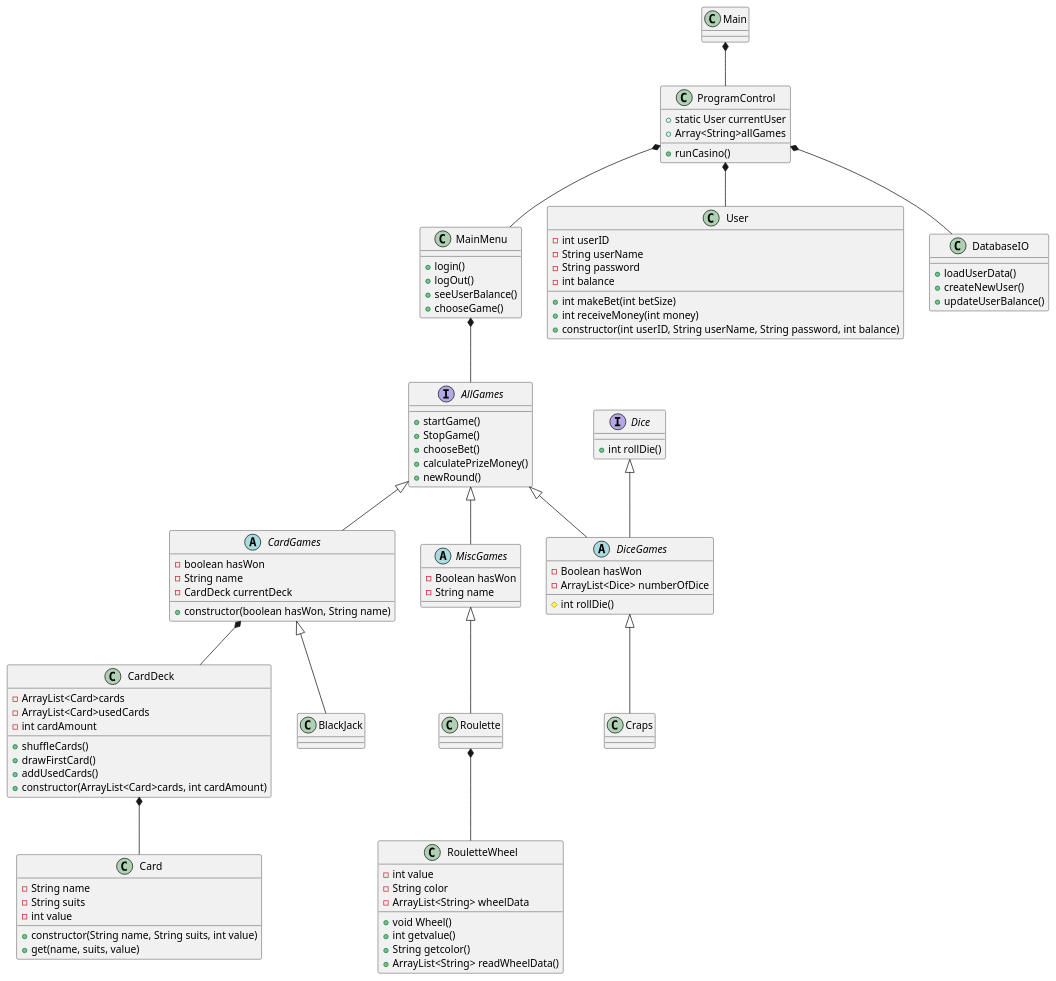
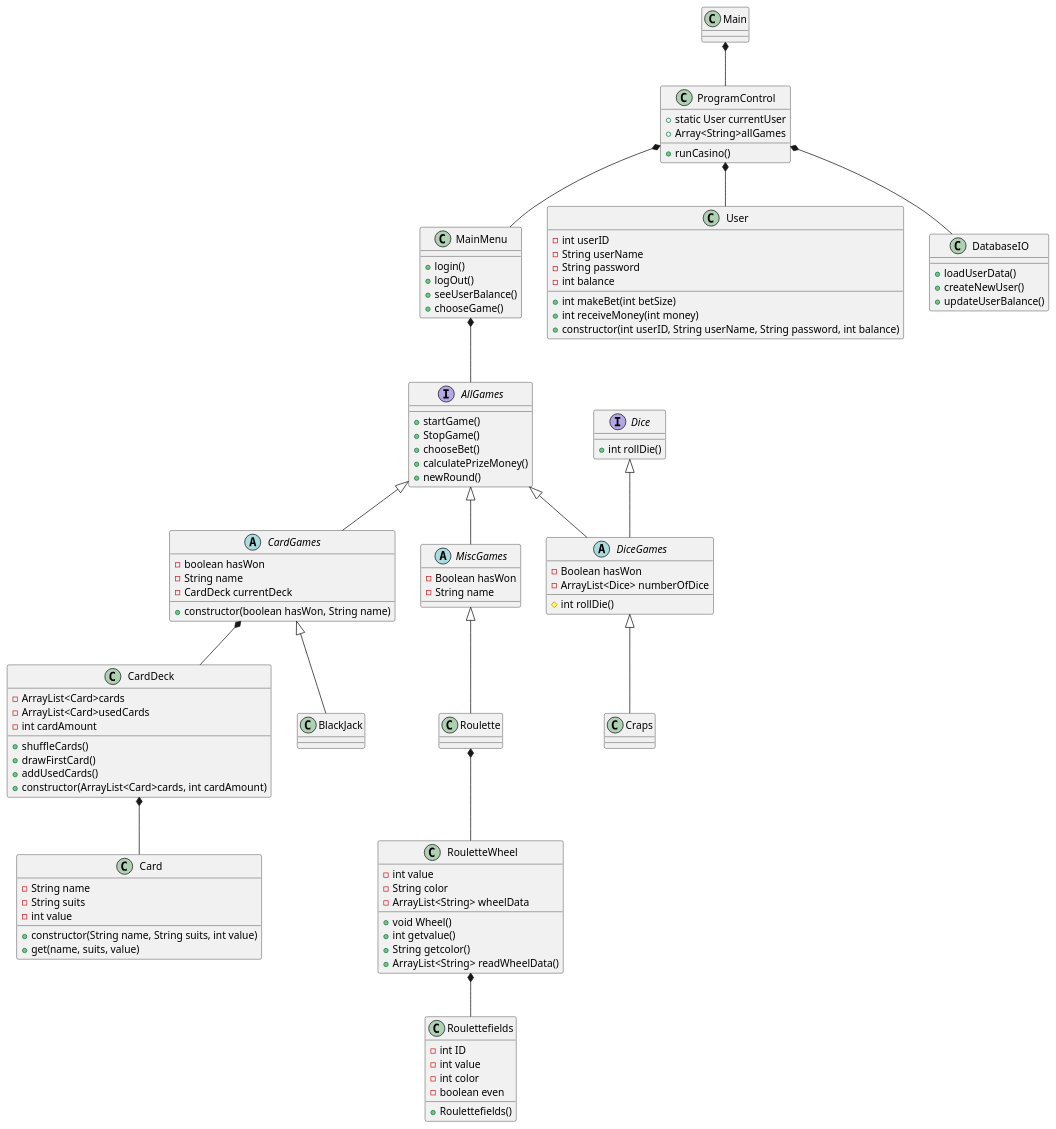
One commit to MrJustMeDahl/ICE-casino changed the diagram in Design UML/ClassDiagram.puml. Above: the diagram before and after it, drawn with PlantUML. The commit also changed 3 other files, not shown here.

Commit message:
Changed Roulette class, removed textbox, changed UML

```diff
--- a/Design UML/ClassDiagram.puml
+++ b/Design UML/ClassDiagram.puml
@@ -1,146 +1,157 @@
 @startuml
 
 Main *-- ProgramControl
 ProgramControl *-- MainMenu
 ProgramControl *-- User
 ProgramControl *-- DatabaseIO
 MainMenu *-- AllGames
 AllGames <|-- CardGames
 CardGames *-- CardDeck
 CardDeck *-- Card
 AllGames <|-- DiceGames
 Dice <|-- DiceGames
 AllGames <|-- MiscGames
 DiceGames <|-- Craps
 MiscGames <|-- Roulette
 CardGames <|-- BlackJack
 Roulette *-- RouletteWheel
+RouletteWheel *-- Roulettefields
 
 class Main
 class User{
 
 - int userID
 - String userName
 - String password
 - int balance
 
 + int makeBet(int betSize)
 + int receiveMoney(int money)
 + constructor(int userID, String userName, String password, int balance)
 
 }
 class MainMenu{
 
 + login()
 + logOut()
 + seeUserBalance()
 + chooseGame()
 
 }
 class ProgramControl{
 
 + static User currentUser
 + Array<String>allGames
 + runCasino()
 
 
 
 }
 
 interface AllGames{
 
 + startGame()
 + StopGame()
 + chooseBet()
 + calculatePrizeMoney()
 + newRound()
 
 }
 
 Abstract class CardGames{
 
 - boolean hasWon
 - String name
 - CardDeck currentDeck
 + constructor(boolean hasWon, String name)
 
 }
 
 class CardDeck{
 
 - ArrayList<Card>cards
 - ArrayList<Card>usedCards
 - int cardAmount
 
 + shuffleCards()
 + drawFirstCard()
 + addUsedCards()
 + constructor(ArrayList<Card>cards, int cardAmount)
 
 }
 
 class Card{
 
 - String name
 - String suits
 - int value
 
 + constructor(String name, String suits, int value)
 + get(name, suits, value)
 
 }
 
 interface Dice{
 + int rollDie()
 
 }
 
 Abstract Class DiceGames{
 - Boolean hasWon
 - ArrayList<Dice> numberOfDice
 # int rollDie()
 
 }
 
 Class Craps{
 
 
 }
 
 Class Roulette{
 
 
 }
 
 Class BlackJack{
 
 
 }
 
 Abstract Class MiscGames{
 - Boolean hasWon
 - String name
 
 }
 
 class DatabaseIO{
 
 + loadUserData()
 + createNewUser()
 + updateUserBalance()
 
 }
 
 class RouletteWheel{
 - int value
 - String color
 - ArrayList<String> wheelData
 + void Wheel()
 + int getvalue()
 + String getcolor()
 + ArrayList<String> readWheelData()
 
 }
 
+class Roulettefields{
+- int ID
+- int value
+- int color
+- boolean even
+
++ Roulettefields()
+
+}
+
 
 @enduml
```
